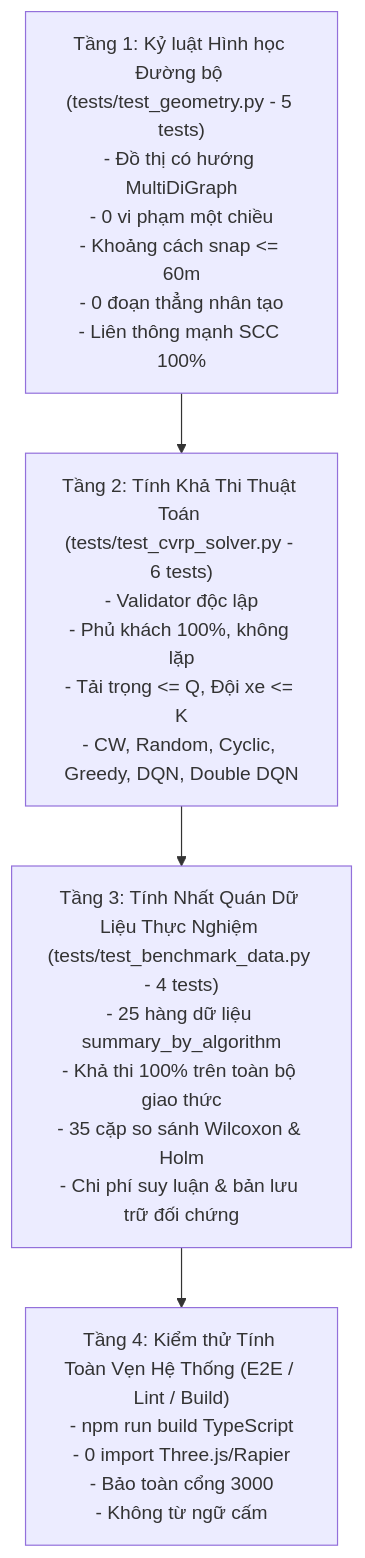
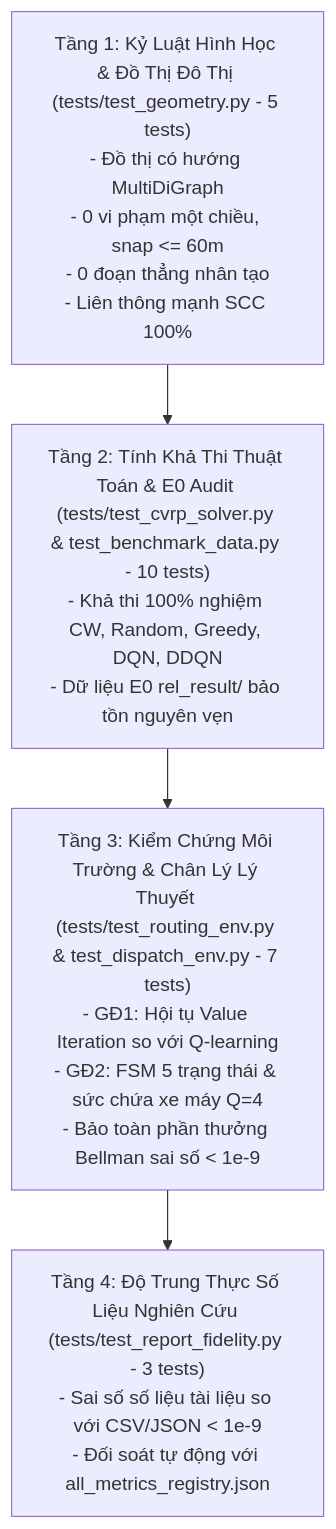
The diagram in TESTING.md (philipsgn/HotWAY), drawn with Mermaid before and after one commit. The commit also changed other lines of this file and 193 other files, not shown here.

````diff
--- a/TESTING.md
+++ b/TESTING.md
@@ -12,9 +12,9 @@
 ```mermaid
 flowchart TD
-    T1["Tầng 1: Kỷ luật Hình học Đường bộ (tests/test_geometry.py - 5 tests)\n- Đồ thị có hướng MultiDiGraph\n- 0 vi phạm một chiều\n- Khoảng cách snap <= 60m\n- 0 đoạn thẳng nhân tạo\n- Liên thông mạnh SCC 100%"]
-    T2["Tầng 2: Tính Khả Thi Thuật Toán (tests/test_cvrp_solver.py - 6 tests)\n- Validator độc lập\n- Phủ khách 100%, không lặp\n- Tải trọng <= Q, Đội xe <= K\n- CW, Random, Cyclic, Greedy, DQN, Double DQN"]
-    T3["Tầng 3: Tính Nhất Quán Dữ Liệu Thực Nghiệm (tests/test_benchmark_data.py - 4 tests)\n- 25 hàng dữ liệu summary_by_algorithm\n- Khả thi 100% trên toàn bộ giao thức\n- 35 cặp so sánh Wilcoxon & Holm\n- Chi phí suy luận & bản lưu trữ đối chứng"]
-    T4["Tầng 4: Kiểm thử Tính Toàn Vẹn Hệ Thống (E2E / Lint / Build)\n- npm run build TypeScript\n- 0 import Three.js/Rapier\n- Bảo toàn cổng 3000\n- Không từ ngữ cấm"]
+    T1["Tầng 1: Kỷ Luật Hình Học & Đồ Thị Đô Thị (tests/test_geometry.py - 5 tests)\n- Đồ thị có hướng MultiDiGraph\n- 0 vi phạm một chiều, snap <= 60m\n- 0 đoạn thẳng nhân tạo\n- Liên thông mạnh SCC 100%"]
+    T2["Tầng 2: Tính Khả Thi Thuật Toán & E0 Audit (tests/test_cvrp_solver.py & test_benchmark_data.py - 10 tests)\n- Khả thi 100% nghiệm CW, Random, Greedy, DQN, DDQN\n- Dữ liệu E0 rel_result/ bảo tồn nguyên vẹn"]
+    T3["Tầng 3: Kiểm Chứng Môi Trường & Chân Lý Lý Thuyết (tests/test_routing_env.py & test_dispatch_env.py - 7 tests)\n- GĐ1: Hội tụ Value Iteration so với Q-learning\n- GĐ2: FSM 5 trạng thái & sức chứa xe máy Q=4\n- Bảo toàn phần thưởng Bellman sai số < 1e-9"]
+    T4["Tầng 4: Độ Trung Thực Số Liệu Nghiên Cứu (tests/test_report_fidelity.py - 3 tests)\n- Sai số số liệu tài liệu so với CSV/JSON < 1e-9\n- Đối soát tự động với all_metrics_registry.json"]
 
     T1 --> T2 --> T3 --> T4
 ```
````
